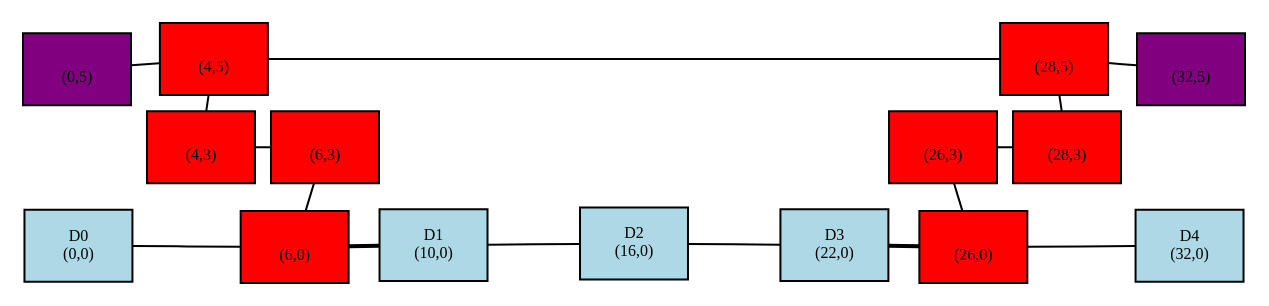
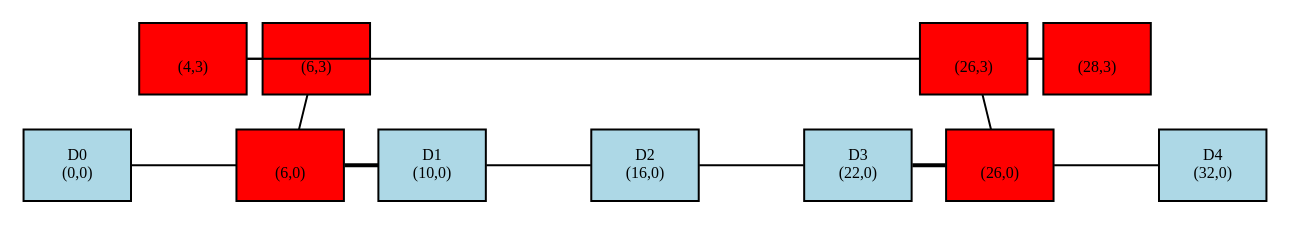
One commit to genhub-bio/gen changed the diagram in gen-tui/testing::layout_tests::backward_edge_partial_loop_viewport.dot. Above: the diagram before and after it, drawn with Graphviz. The commit also changed 4 other files, not shown here.

```diff
--- a/gen-tui/testing::layout_tests::backward_edge_partial_loop_viewport.dot
+++ b/gen-tui/testing::layout_tests::backward_edge_partial_loop_viewport.dot
@@ -1,35 +1,27 @@
 graph {
     layout=neato;
     overlap=false;
     rankdir=LR;
     n0 [label="D0\n(0,0)", pos="0,0!", shape="box", fillcolor="lightblue", style="filled", pin=true, fontsize="8"];
-    n1 [label="\n(0,5)", pos="0,5!", shape="box", fillcolor="purple", style="filled", pin=true, fontsize="8"];
-    n2 [label="\n(4,3)", pos="4,3!", shape="box", fillcolor="red", style="filled", pin=true, fontsize="8"];
-    n3 [label="\n(4,5)", pos="4,5!", shape="box", fillcolor="red", style="filled", pin=true, fontsize="8"];
-    n4 [label="\n(6,0)", pos="6,0!", shape="box", fillcolor="red", style="filled", pin=true, fontsize="8"];
-    n5 [label="\n(6,3)", pos="6,3!", shape="box", fillcolor="red", style="filled", pin=true, fontsize="8"];
-    n6 [label="D1\n(10,0)", pos="10,0!", shape="box", fillcolor="lightblue", style="filled", pin=true, fontsize="8"];
-    n7 [label="D2\n(16,0)", pos="16,0!", shape="box", fillcolor="lightblue", style="filled", pin=true, fontsize="8"];
-    n8 [label="D3\n(22,0)", pos="22,0!", shape="box", fillcolor="lightblue", style="filled", pin=true, fontsize="8"];
-    n9 [label="\n(26,0)", pos="26,0!", shape="box", fillcolor="red", style="filled", pin=true, fontsize="8"];
-    n10 [label="\n(26,3)", pos="26,3!", shape="box", fillcolor="red", style="filled", pin=true, fontsize="8"];
-    n11 [label="\n(28,3)", pos="28,3!", shape="box", fillcolor="red", style="filled", pin=true, fontsize="8"];
-    n12 [label="\n(28,5)", pos="28,5!", shape="box", fillcolor="red", style="filled", pin=true, fontsize="8"];
-    n13 [label="D4\n(32,0)", pos="32,0!", shape="box", fillcolor="lightblue", style="filled", pin=true, fontsize="8"];
-    n14 [label="\n(32,5)", pos="32,5!", shape="box", fillcolor="purple", style="filled", pin=true, fontsize="8"];
-    n4 -- n6 [penwidth=2, bundle="(0,1),(3,1)"];
-    n0 -- n4 [penwidth=1, bundle="(0,1)"];
-    n8 -- n9 [penwidth=2, bundle="(3,4),(3,1)"];
-    n4 -- n5 [penwidth=1, bundle="(3,1)"];
-    n2 -- n5 [penwidth=1, bundle="(3,1)"];
-    n9 -- n13 [penwidth=1, bundle="(3,4)"];
-    n9 -- n10 [penwidth=1, bundle="(3,1)"];
-    n7 -- n8 [penwidth=1, bundle="(2,3)"];
-    n6 -- n7 [penwidth=1, bundle="(1,2)"];
-    n3 -- n12 [penwidth=1, bundle="(3,1)"];
+    n1 [label="\n(4,3)", pos="4,3!", shape="box", fillcolor="red", style="filled", pin=true, fontsize="8"];
+    n2 [label="\n(6,0)", pos="6,0!", shape="box", fillcolor="red", style="filled", pin=true, fontsize="8"];
+    n3 [label="\n(6,3)", pos="6,3!", shape="box", fillcolor="red", style="filled", pin=true, fontsize="8"];
+    n4 [label="D1\n(10,0)", pos="10,0!", shape="box", fillcolor="lightblue", style="filled", pin=true, fontsize="8"];
+    n5 [label="D2\n(16,0)", pos="16,0!", shape="box", fillcolor="lightblue", style="filled", pin=true, fontsize="8"];
+    n6 [label="D3\n(22,0)", pos="22,0!", shape="box", fillcolor="lightblue", style="filled", pin=true, fontsize="8"];
+    n7 [label="\n(26,0)", pos="26,0!", shape="box", fillcolor="red", style="filled", pin=true, fontsize="8"];
+    n8 [label="\n(26,3)", pos="26,3!", shape="box", fillcolor="red", style="filled", pin=true, fontsize="8"];
+    n9 [label="\n(28,3)", pos="28,3!", shape="box", fillcolor="red", style="filled", pin=true, fontsize="8"];
+    n10 [label="D4\n(32,0)", pos="32,0!", shape="box", fillcolor="lightblue", style="filled", pin=true, fontsize="8"];
     n2 -- n3 [penwidth=1, bundle="(3,1)"];
+    n2 -- n4 [penwidth=2, bundle="(0,1),(3,1)"];
+    n0 -- n2 [penwidth=1, bundle="(0,1)"];
+    n4 -- n5 [penwidth=1, bundle="(1,2)"];
+    n6 -- n7 [penwidth=2, bundle="(3,4),(3,1)"];
+    n5 -- n6 [penwidth=1, bundle="(2,3)"];
+    n1 -- n9 [penwidth=1, bundle="(3,1)"];
     n1 -- n3 [penwidth=1, bundle="(3,1)"];
-    n11 -- n12 [penwidth=1, bundle="(3,1)"];
-    n10 -- n11 [penwidth=1, bundle="(3,1)"];
-    n12 -- n14 [penwidth=1, bundle="(3,1)"];
+    n8 -- n9 [penwidth=1, bundle="(3,1)"];
+    n7 -- n8 [penwidth=1, bundle="(3,1)"];
+    n7 -- n10 [penwidth=1, bundle="(3,4)"];
 }
```
